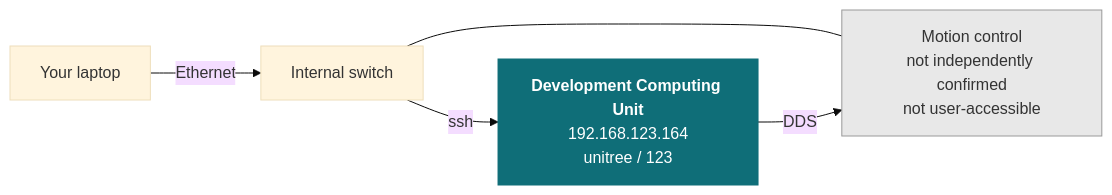
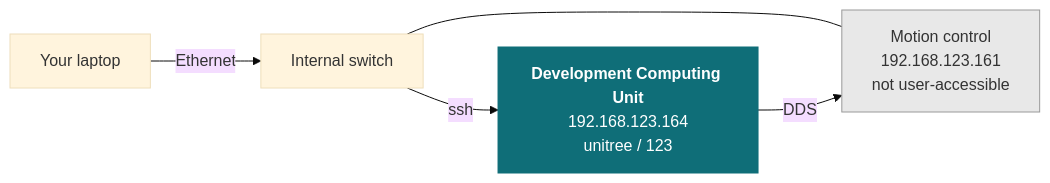
One commit to westonrobot/docs changed the diagram in robot/humanoid/r1.md. Above: the diagram before and after it, drawn with Mermaid (base theme). The commit also changed other lines of this file, not shown here.

````diff
--- a/robot/humanoid/r1.md
+++ b/robot/humanoid/r1.md
@@ -149,9 +135,9 @@
 ```mermaid
 flowchart LR
     L["Your laptop"] -->|Ethernet| SW["Internal switch"]
     SW -->|ssh| DEV["<b>Development Computing Unit</b><br/>192.168.123.164<br/>unitree / 123"]
-    SW --- CTL["Motion control<br/>not independently confirmed<br/>not user-accessible"]
+    SW --- CTL["Motion control<br/>192.168.123.161<br/>not user-accessible"]
     DEV -->|DDS| CTL
     style DEV fill:#0f6e78,stroke:#0f6e78,color:#fff
     style CTL fill:#e8e8e8,stroke:#999,color:#333
 ```
````
